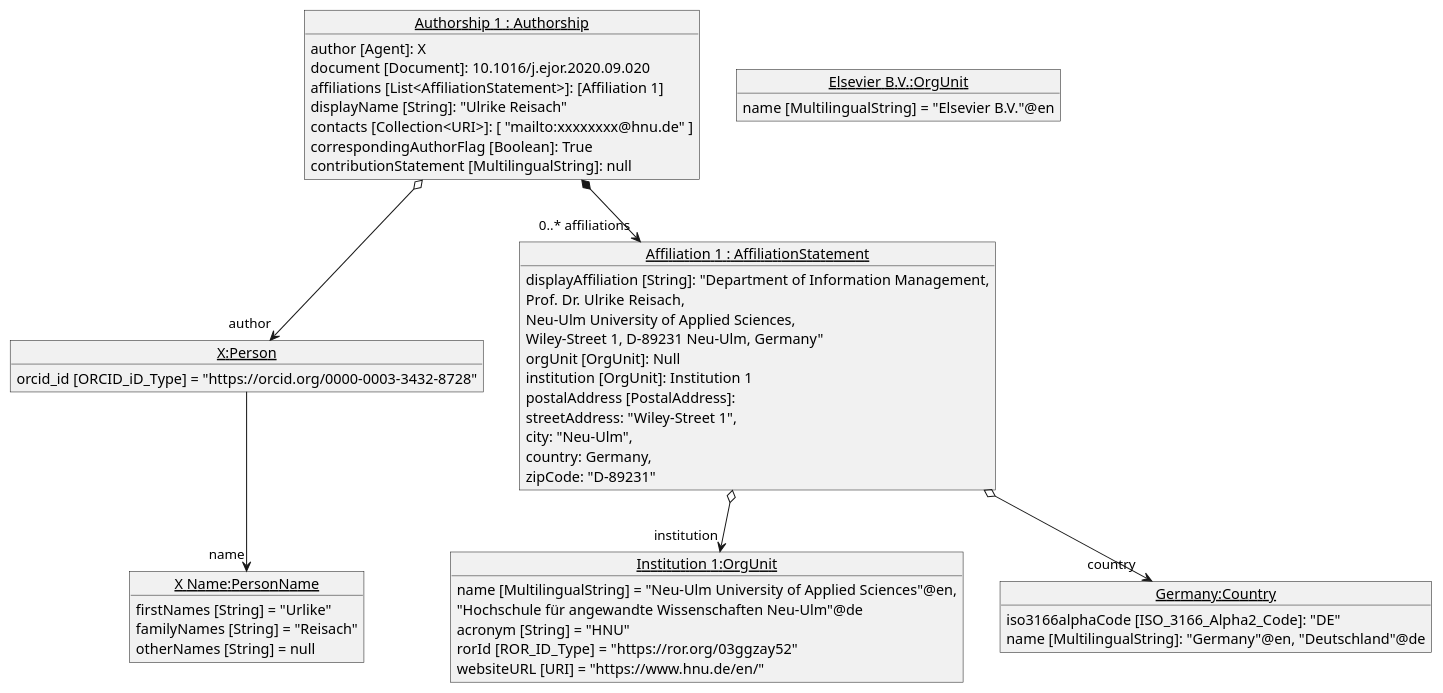
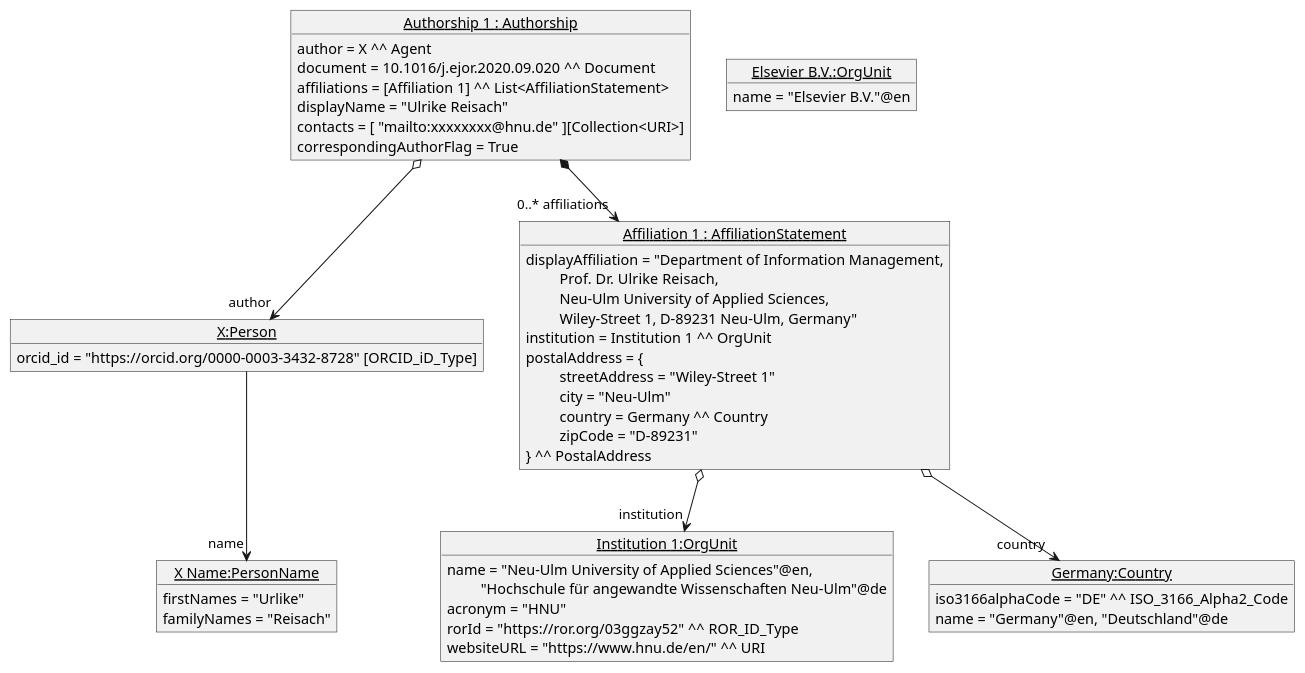
The diagram in diagrams/example.puml (EuroCRIS/CERIF-Core), drawn with PlantUML before and after one commit. The commit also changed 1 other file, not shown here.

```diff
--- a/diagrams/example.puml
+++ b/diagrams/example.puml
@@ -1,59 +1,57 @@
 @startuml
 	object "<u>X:Person</u>" as X {
-           orcid_id [ORCID_iD_Type] = "https://orcid.org/0000-0003-3432-8728"
+           orcid_id = "https://orcid.org/0000-0003-3432-8728" [ORCID_iD_Type]
         }
 
 	object "<u>X Name:PersonName</u>" as XName {
-            firstNames [String] = "Urlike"
-            familyNames [String] = "Reisach"
-            otherNames [String] = null
+            firstNames = "Urlike"
+            familyNames = "Reisach"
         }
 
     X --> "name" XName
 
     object "<u>Institution 1:OrgUnit</u>" as Ins1 {
-    	    name [MultilingualString] = "Neu-Ulm University of Applied Sciences"@en,
-    	    "Hochschule für angewandte Wissenschaften Neu-Ulm"@de
-            acronym [String] = "HNU"
-            rorId [ROR_ID_Type] = "https://ror.org/03ggzay52"
-            websiteURL [URI] = "https://www.hnu.de/en/"
+    	    name = "Neu-Ulm University of Applied Sciences"@en,
+    	    \t "Hochschule für angewandte Wissenschaften Neu-Ulm"@de
+            acronym = "HNU"
+            rorId = "https://ror.org/03ggzay52" ^^ ROR_ID_Type
+            websiteURL = "https://www.hnu.de/en/" ^^ URI
     	}
 
     object "<u>Germany:Country</u>" as Ger {
-            iso3166alphaCode [ISO_3166_Alpha2_Code]: "DE"
-            name [MultilingualString]: "Germany"@en, "Deutschland"@de
+            iso3166alphaCode = "DE" ^^ ISO_3166_Alpha2_Code
+            name = "Germany"@en, "Deutschland"@de
         }
 
     object "<u>Elsevier B.V.:OrgUnit</u>" as Elsevier {
-            name [MultilingualString] = "Elsevier B.V."@en
+            name = "Elsevier B.V."@en
         }
 
     object "<u>Affiliation 1 : AffiliationStatement</u>" as Aff1 {
-            displayAffiliation [String]: "Department of Information Management,
-                 Prof. Dr. Ulrike Reisach,
-                 Neu-Ulm University of Applied Sciences,
-                 Wiley-Street 1, D-89231 Neu-Ulm, Germany"
-            orgUnit [OrgUnit]: Null
-            institution [OrgUnit]: Institution 1
-            postalAddress [PostalAddress]:
-                  streetAddress: "Wiley-Street 1",
-                  city: "Neu-Ulm",
-                  country: Germany,
-                  zipCode: "D-89231"
+            displayAffiliation = "Department of Information Management,
+            \t Prof. Dr. Ulrike Reisach,
+            \t Neu-Ulm University of Applied Sciences,
+            \t Wiley-Street 1, D-89231 Neu-Ulm, Germany"
+            institution = Institution 1 ^^ OrgUnit
+            postalAddress = {
+            \t streetAddress = "Wiley-Street 1"
+            \t city = "Neu-Ulm"
+            \t country = Germany ^^ Country
+            \t zipCode = "D-89231"
+            } ^^ PostalAddress
         }
 
     object "<u>Authorship 1 : Authorship</u>" as Aut1 {
-                author [Agent]: X
-                 document [Document]: 10.1016/j.ejor.2020.09.020
-                 affiliations [List<AffiliationStatement>]: [Affiliation 1]
-                 displayName [String]: "Ulrike Reisach"
-                 contacts [Collection<URI>]: [ "mailto:xxxxxxxx@hnu.de" ]
-                 correspondingAuthorFlag [Boolean]: True
-                 contributionStatement [MultilingualString]: null
-            }
-      Aut1 o--> "author" X
-      Aff1 o--> "institution" Ins1
-      Aff1 o--> "country" Ger
-      Aut1 *--> "0..* affiliations" Aff1
+            author = X ^^ Agent
+            document = 10.1016/j.ejor.2020.09.020 ^^ Document
+            affiliations = [Affiliation 1] ^^ List<AffiliationStatement>
+            displayName = "Ulrike Reisach"
+            contacts = [ "mailto:xxxxxxxx@hnu.de" ][Collection<URI>]
+            correspondingAuthorFlag = True
+        }
+    Aut1 o--> "author" X
+    Aff1 o--> "institution" Ins1
+    Aff1 o--> "country" Ger
+    Aut1 *--> "0..* affiliations" Aff1
 
 @enduml
```
